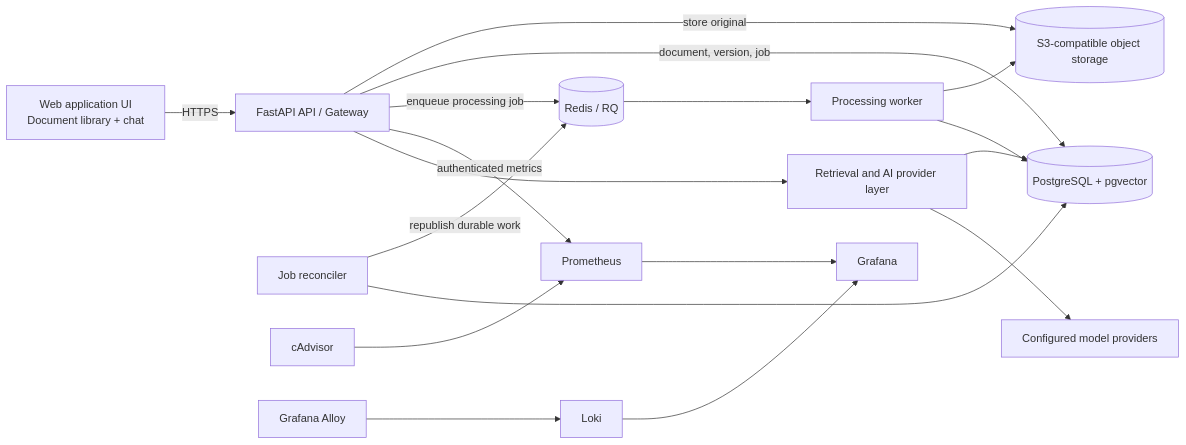
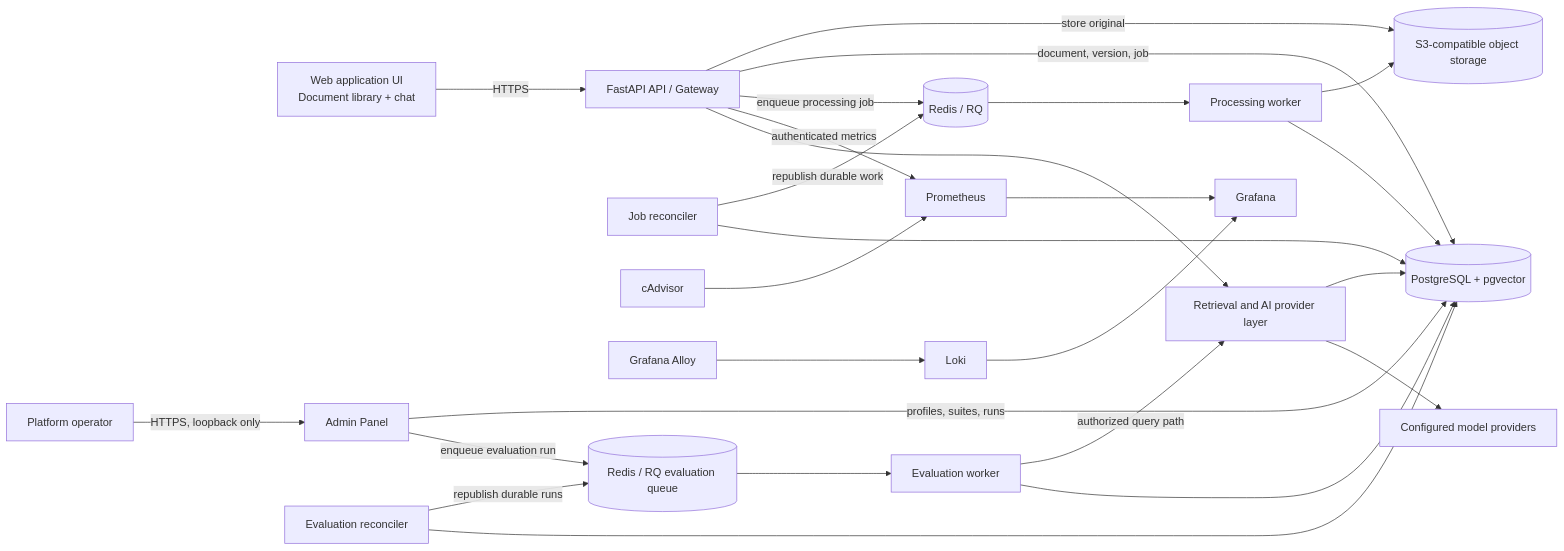
The diagram in docs/ARCHITECTURE.md (dpogarcic/document_insight), drawn with Mermaid before and after one commit. The commit also changed other lines of this file and 113 other files, not shown here.

First line of the commit message:
feat: add evaluation suite and admin dashboard for retrieval-quality benchmarking

````diff
--- a/docs/ARCHITECTURE.md
+++ b/docs/ARCHITECTURE.md
@@ -14,20 +14,28 @@
 ```mermaid
 flowchart LR
     UI[Web application UI\nDocument library + chat] -->|HTTPS| API[FastAPI API / Gateway]
     API -->|store original| OBJ[(S3-compatible object storage)]
     API -->|document, version, job| DB[(PostgreSQL + pgvector)]
     API -->|enqueue processing job| Q[(Redis / RQ)]
     Q --> W[Processing worker]
     RC[Job reconciler] -->|republish durable work| Q
     RC --> DB
     API -->|authenticated metrics| PM[Prometheus]
     CA[cAdvisor] --> PM
     AL[Grafana Alloy] --> LK[Loki]
     PM --> GF[Grafana]
     LK --> GF
     W --> OBJ
     W --> DB
     API --> R[Retrieval and AI provider layer]
     R --> DB
     R --> M[Configured model providers]
+    OP[Platform operator] -->|HTTPS, loopback only| AP[Admin Panel]
+    AP -->|profiles, suites, runs| DB
+    AP -->|enqueue evaluation run| EQ[(Redis / RQ evaluation queue)]
+    EQ --> EW[Evaluation worker]
+    ERC[Evaluation reconciler] -->|republish durable runs| EQ
+    ERC --> DB
+    EW -->|authorized query path| R
+    EW --> DB
 ```
````
